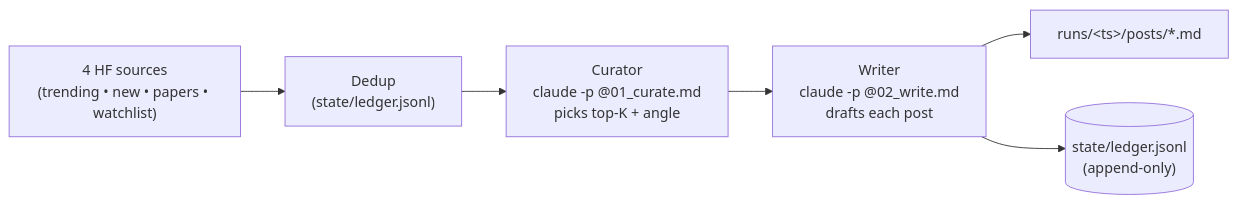
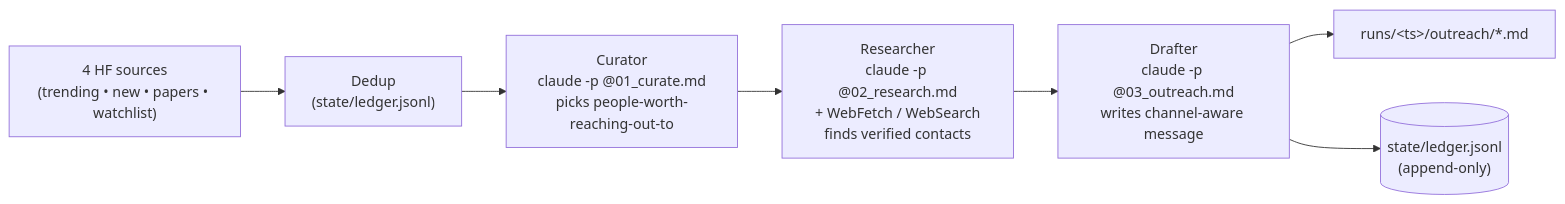
Before and after one commit to yyifan-Onyen/HFSonar: the diagram in README.md, drawn with Mermaid. The commit also changed other lines of this file and 15 other files, not shown here.

````diff
--- a/README.md
+++ b/README.md
@@ -51,8 +66,9 @@
 ```mermaid
 flowchart LR
     A["4 HF sources<br/>(trending • new • papers • watchlist)"] --> B["Dedup<br/>(state/ledger.jsonl)"]
-    B --> C["Curator<br/>claude -p @01_curate.md<br/>picks top-K + angle"]
-    C --> D["Writer<br/>claude -p @02_write.md<br/>drafts each post"]
-    D --> E["runs/&lt;ts&gt;/posts/*.md"]
-    D --> F[("state/ledger.jsonl<br/>(append-only)")]
+    B --> C["Curator<br/>claude -p @01_curate.md<br/>picks people-worth-reaching-out-to"]
+    C --> D["Researcher<br/>claude -p @02_research.md<br/>+ WebFetch / WebSearch<br/>finds verified contacts"]
+    D --> E["Drafter<br/>claude -p @03_outreach.md<br/>writes channel-aware message"]
+    E --> F["runs/&lt;ts&gt;/outreach/*.md"]
+    E --> G[("state/ledger.jsonl<br/>(append-only)")]
 ```
````
